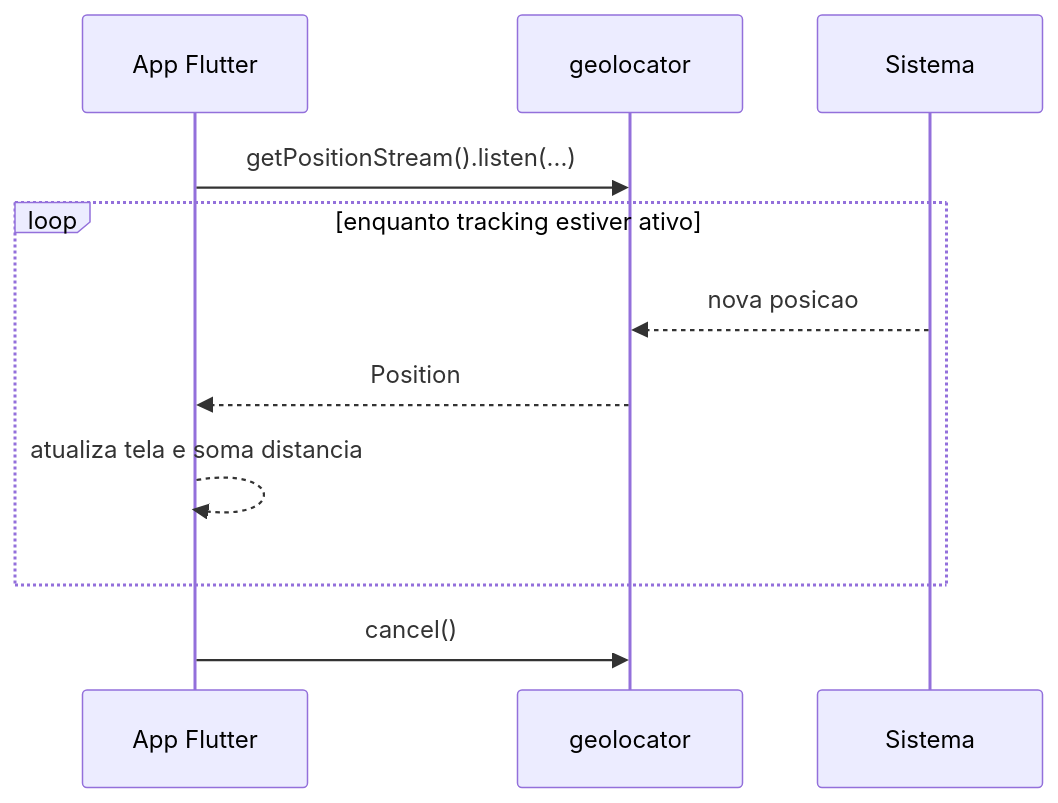
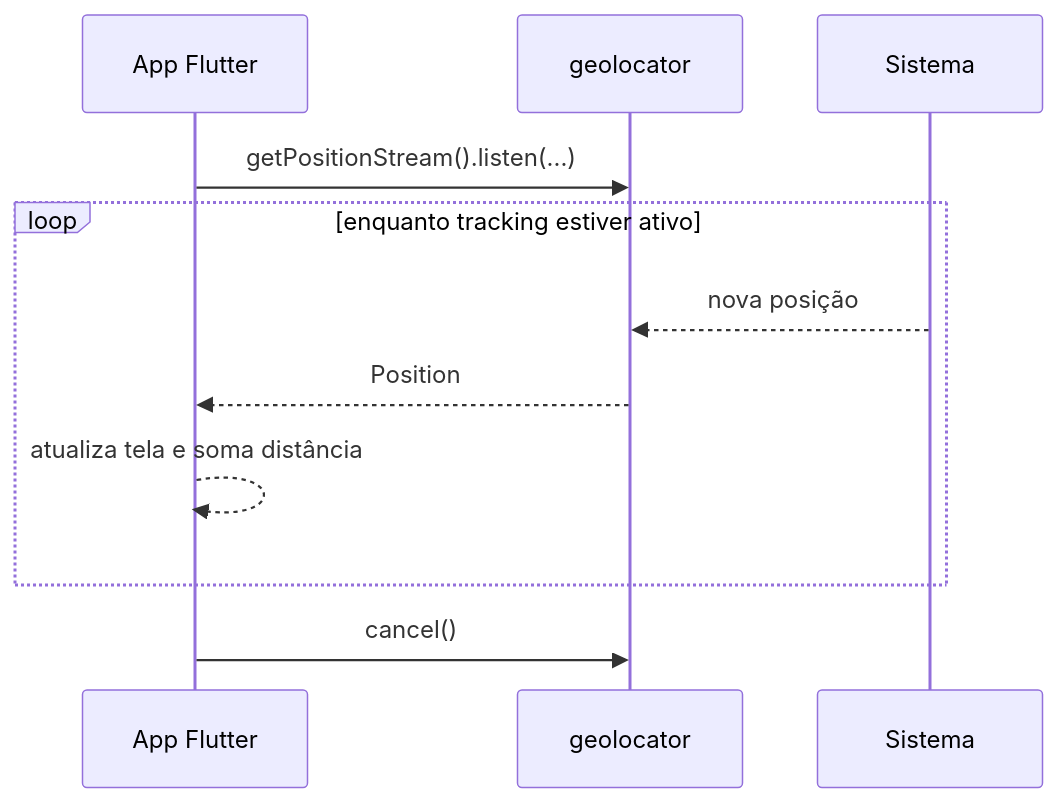
Before and after one commit to prof-gustavo-villalta/self: the fifth of 13 diagrams in courses/2026-1-DS-Prog-Aplicativos-Mobile-II-Novotec-Noturno/aulas/aula-12.md, drawn with Mermaid. The commit also changed other lines of this file and 6 other files, not shown here.

````diff
--- a/courses/2026-1-DS-Prog-Aplicativos-Mobile-II-Novotec-Noturno/aulas/aula-12.md
+++ b/courses/2026-1-DS-Prog-Aplicativos-Mobile-II-Novotec-Noturno/aulas/aula-12.md
@@ -202,14 +202,14 @@
 ```mermaid
 sequenceDiagram
     participant A as App Flutter
     participant G as geolocator
     participant S as Sistema
 
     A->>G: getPositionStream().listen(...)
     loop enquanto tracking estiver ativo
-        S-->>G: nova posicao
+        S-->>G: nova posição
         G-->>A: Position
-        A-->>A: atualiza tela e soma distancia
+        A-->>A: atualiza tela e soma distância
     end
     A->>G: cancel()
 ```
````
